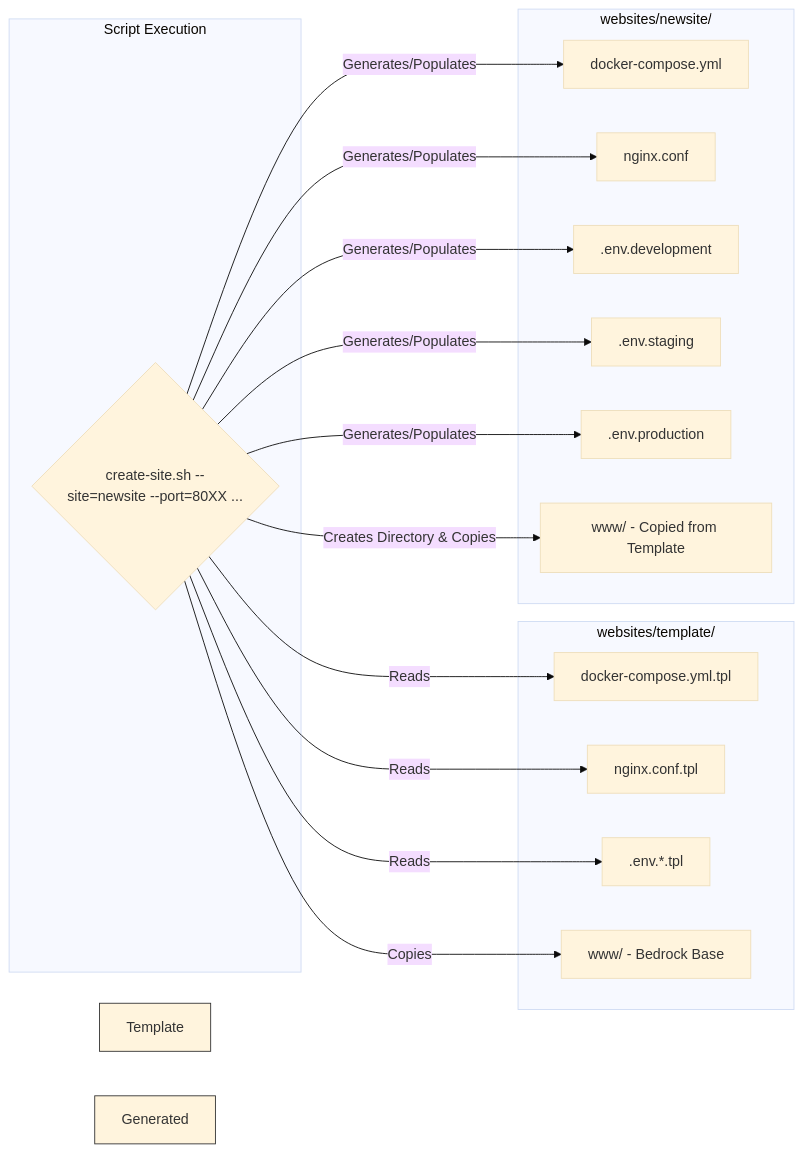
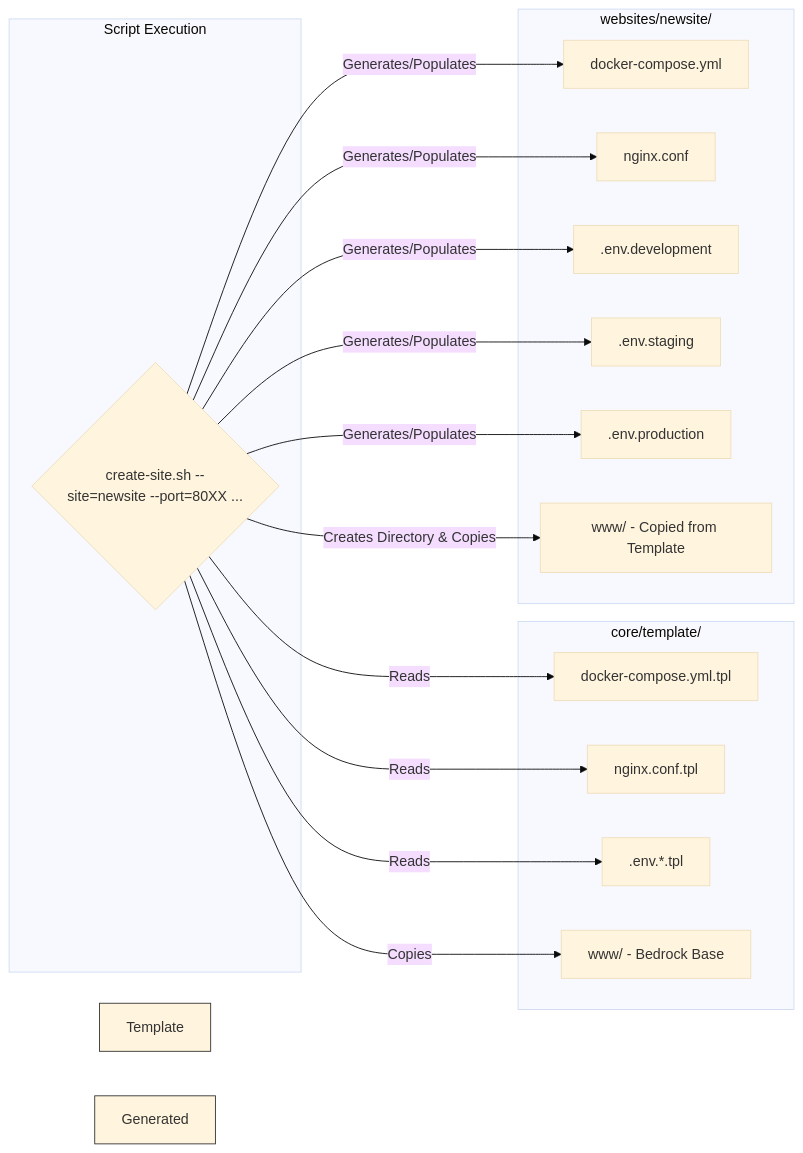
The diagram in docs/configuration.md (satusdev/bedrock-forge), drawn with Mermaid (base theme) before and after one commit. The commit also changed other lines of this file and 112 other files, not shown here.

Commit message:
refactor(docs,core): move template to core/template and update all references

````diff
--- a/docs/configuration.md
+++ b/docs/configuration.md
@@ -27,37 +27,37 @@
 ```mermaid
 graph LR
-    subgraph Template Files [websites/template/]
+    subgraph Template Files [core/template/]
         A[docker-compose.yml.tpl]
         B[nginx.conf.tpl]
         C[.env.*.tpl]
         D[www/ - Bedrock Base]
     end
 
     subgraph Script Execution
         E{create-site.sh --site=newsite --port=80XX ...}
     end
 
     subgraph Generated Site [websites/newsite/]
         F[docker-compose.yml]
         G[nginx.conf]
         H[.env.development]
         I[.env.staging]
         J[.env.production]
         K[www/ - Copied from Template]
     end
 
     E -- Reads --> A
     E -- Reads --> B
     E -- Reads --> C
     E -- Copies --> D
 
     E -- Generates/Populates --> F
     E -- Generates/Populates --> G
     E -- Generates/Populates --> H
     E -- Generates/Populates --> I
     E -- Generates/Populates --> J
     E -- Creates Directory & Copies --> K
 
     style Template Files fill:#eee,stroke:#333,stroke-width:1px
     style Generated Site fill:#eef,stroke:#333,stroke-width:1px
 ```
````
